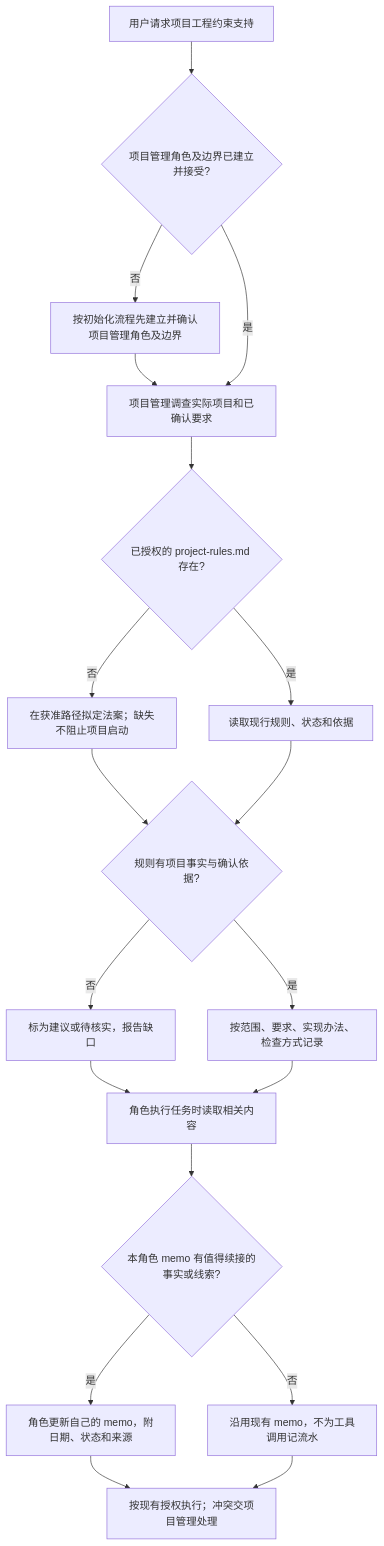
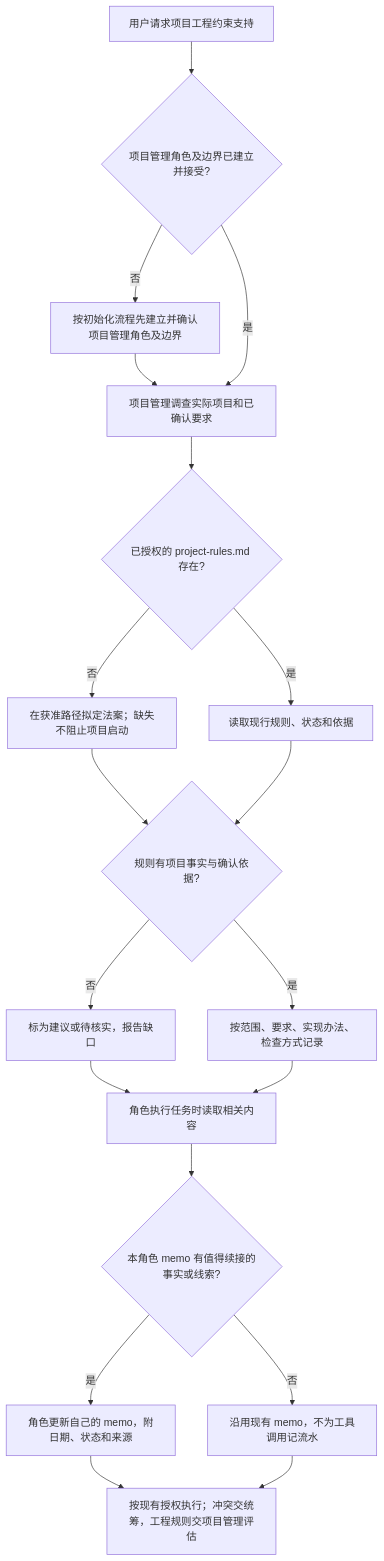
The diagram in 角色卡/技能规范/docs/feature/project-rules-memo.md (wangzhongren/ans-skill), drawn with Mermaid before and after one commit. The commit also changed other lines of this file and 88 other files, not shown here.

````diff
--- a/角色卡/技能规范/docs/feature/project-rules-memo.md
+++ b/角色卡/技能规范/docs/feature/project-rules-memo.md
@@ -28,21 +31,21 @@
 ```mermaid
 flowchart TD
     A[用户请求项目工程约束支持] --> B{项目管理角色及边界已建立并接受?}
     B -- 否 --> C[按初始化流程先建立并确认项目管理角色及边界]
     C --> D[项目管理调查实际项目和已确认要求]
     B -- 是 --> D
     D --> E{已授权的 project-rules.md 存在?}
     E -- 否 --> F[在获准路径拟定法案；缺失不阻止项目启动]
     E -- 是 --> G[读取现行规则、状态和依据]
     F --> H{规则有项目事实与确认依据?}
     G --> H
     H -- 否 --> I[标为建议或待核实，报告缺口]
     H -- 是 --> J[按范围、要求、实现办法、检查方式记录]
     I --> K[角色执行任务时读取相关内容]
     J --> K
     K --> L{本角色 memo 有值得续接的事实或线索?}
     L -- 是 --> M[角色更新自己的 memo，附日期、状态和来源]
     L -- 否 --> N[沿用现有 memo，不为工具调用记流水]
-    M --> O[按现有授权执行；冲突交项目管理处理]
+    M --> O[按现有授权执行；冲突交统筹，工程规则交项目管理评估]
     N --> O
 ```
````
